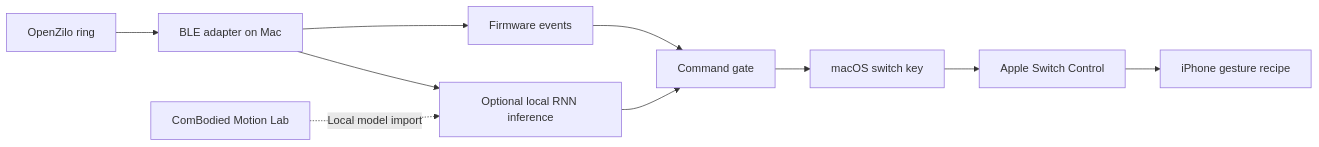
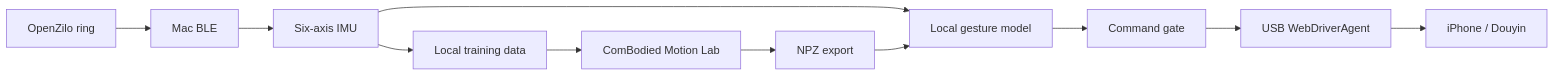
Before and after one commit to jzjzzzzzzz/OpenZilo-PhoneControl: the diagram in README.md, drawn with Mermaid. The commit also changed other lines of this file and 43 other files, not shown here.

Commit message:
Release 1.1: ring IMU workflow, minimal example and USB phone navigation

````diff
--- a/README.md
+++ b/README.md
@@ -41,12 +32,13 @@
 ```mermaid
 flowchart LR
-    R[OpenZilo ring] --> B[BLE adapter on Mac]
-    B --> E[Firmware events]
-    B --> I[Optional local RNN inference]
-    L[ComBodied Motion Lab] -. Local model import .-> I
-    E --> G[Command gate]
-    I --> G
-    G --> K[macOS switch key]
-    K --> S[Apple Switch Control]
-    S --> P[iPhone gesture recipe]
+    R[OpenZilo ring] --> B[Mac BLE]
+    B --> I[Six-axis IMU]
+    I --> N[Local gesture model]
+    N --> G[Command gate]
+    G --> W[USB WebDriverAgent]
+    W --> P[iPhone / Douyin]
+    I --> D[Local training data]
+    D --> L[ComBodied Motion Lab]
+    L --> M[NPZ export]
+    M --> N
 ```
````
